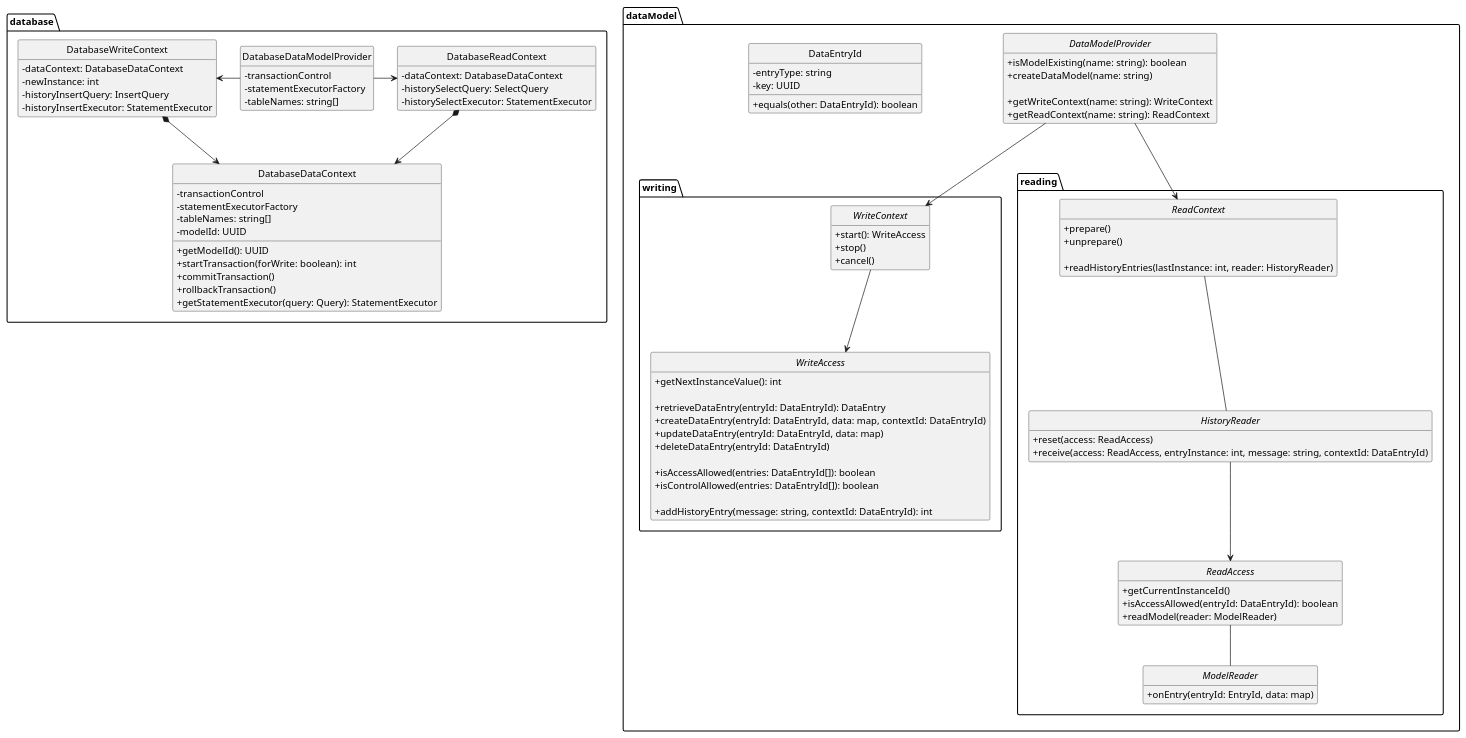
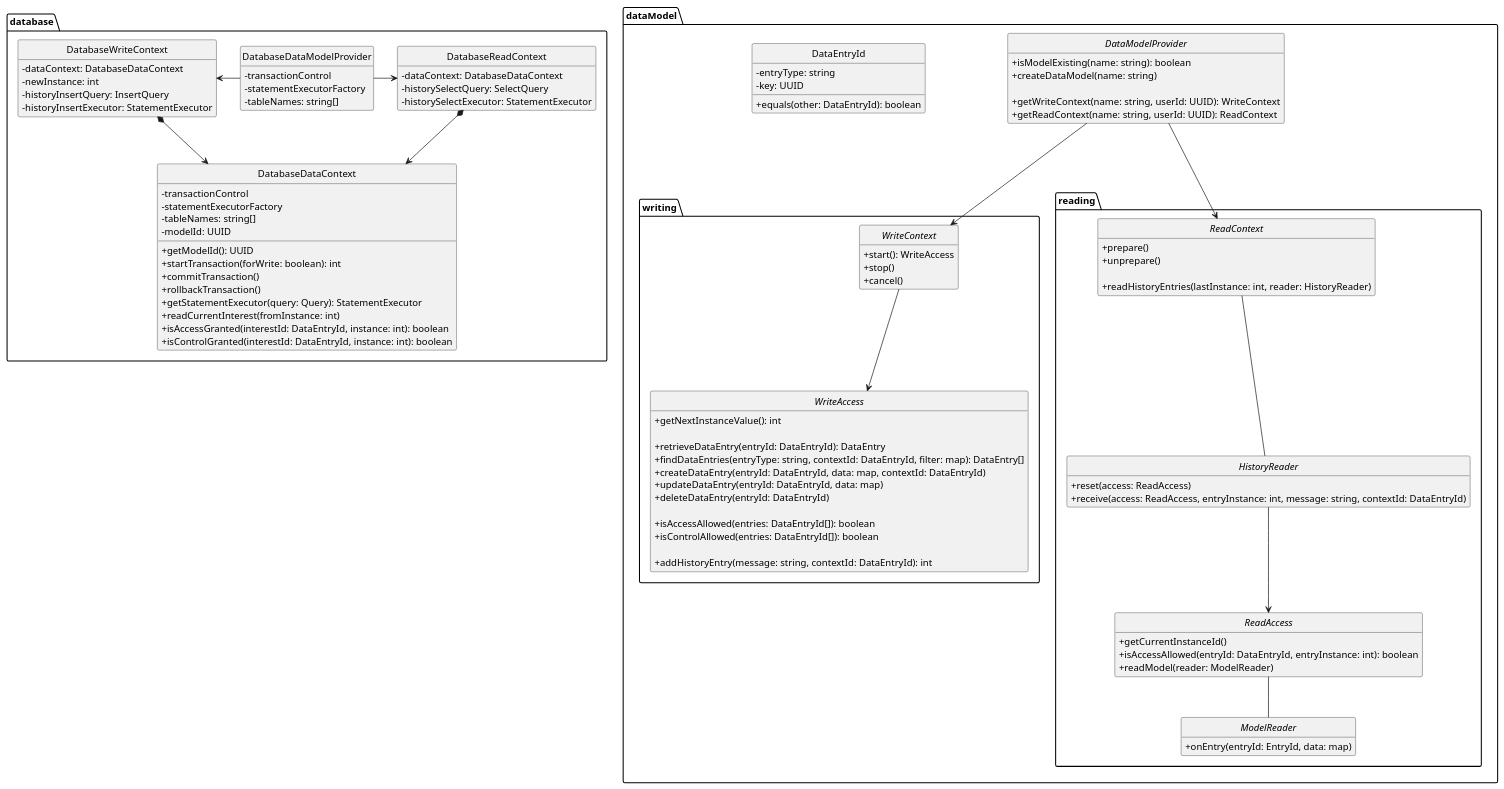
Before and after one commit to dertseha/eve-upro: the diagram in eve-upro/uml/DataModel.plantuml, drawn with PlantUML. The commit also changed 66 other files, not shown here.

```diff
--- a/eve-upro/uml/DataModel.plantuml
+++ b/eve-upro/uml/DataModel.plantuml
@@ -1,124 +1,128 @@
 @startuml
 skinparam classAttributeIconSize 0
 hide empty members
 hide circle
 
 package dataModel {
 
 interface DataModelProvider {
    + isModelExisting(name: string): boolean
    + createDataModel(name: string)
 
-   + getWriteContext(name: string): WriteContext
-   + getReadContext(name: string): ReadContext
+   + getWriteContext(name: string, userId: UUID): WriteContext
+   + getReadContext(name: string, userId: UUID): ReadContext
 }
 
 class DataEntryId {
    - entryType: string
    - key: UUID
    + equals(other: DataEntryId): boolean
 }
 
 package writing {
 
 interface WriteContext {
    + start(): WriteAccess
    + stop()
    + cancel()
 }
 
 DataModelProvider -down-> WriteContext
 
 interface WriteAccess {
    + getNextInstanceValue(): int
    
    + retrieveDataEntry(entryId: DataEntryId): DataEntry
+   + findDataEntries(entryType: string, contextId: DataEntryId, filter: map): DataEntry[]
    + createDataEntry(entryId: DataEntryId, data: map, contextId: DataEntryId)
    + updateDataEntry(entryId: DataEntryId, data: map)
    + deleteDataEntry(entryId: DataEntryId)
 
    + isAccessAllowed(entries: DataEntryId[]): boolean
    + isControlAllowed(entries: DataEntryId[]): boolean
    
    + addHistoryEntry(message: string, contextId: DataEntryId): int
 }
 
 WriteContext --> WriteAccess
 
 }
 
 package reading {
 
 DataModelProvider -down-> ReadContext
 
 interface ReadContext {
    + prepare()
    + unprepare()
    
    + readHistoryEntries(lastInstance: int, reader: HistoryReader) 
 }
 
 ReadContext -- HistoryReader
 HistoryReader --> ReadAccess
 ReadAccess -- ModelReader
 
 interface ReadAccess {
    + getCurrentInstanceId()
-   + isAccessAllowed(entryId: DataEntryId): boolean
+   + isAccessAllowed(entryId: DataEntryId, entryInstance: int): boolean
    + readModel(reader: ModelReader)
 }
 
 interface HistoryReader {
    + reset(access: ReadAccess)
    + receive(access: ReadAccess, entryInstance: int, message: string, contextId: DataEntryId)
 }
 
 interface ModelReader {
    + onEntry(entryId: EntryId, data: map)
 }
 
 }
 }
 
 package database {
 class DatabaseDataContext {
    - transactionControl
    - statementExecutorFactory
    - tableNames: string[]
    - modelId: UUID
    + getModelId(): UUID
    + startTransaction(forWrite: boolean): int
    + commitTransaction()
    + rollbackTransaction()
    + getStatementExecutor(query: Query): StatementExecutor
+   + readCurrentInterest(fromInstance: int)
+   + isAccessGranted(interestId: DataEntryId, instance: int): boolean
+   + isControlGranted(interestId: DataEntryId, instance: int): boolean
 }
 
 class DatabaseWriteContext {
    - dataContext: DatabaseDataContext
    - newInstance: int
    - historyInsertQuery: InsertQuery
    - historyInsertExecutor: StatementExecutor
 }
 
 
 class DatabaseReadContext {
    - dataContext: DatabaseDataContext
    - historySelectQuery: SelectQuery
    - historySelectExecutor: StatementExecutor
 }
 
 class DatabaseDataModelProvider {
    - transactionControl
    - statementExecutorFactory
    - tableNames: string[]
 }
 
 
 DatabaseDataModelProvider -left-> DatabaseWriteContext
 DatabaseDataModelProvider -right-> DatabaseReadContext
 
 DatabaseWriteContext *-down-> DatabaseDataContext
 DatabaseReadContext *-down-> DatabaseDataContext
 }
 
 @enduml
```
